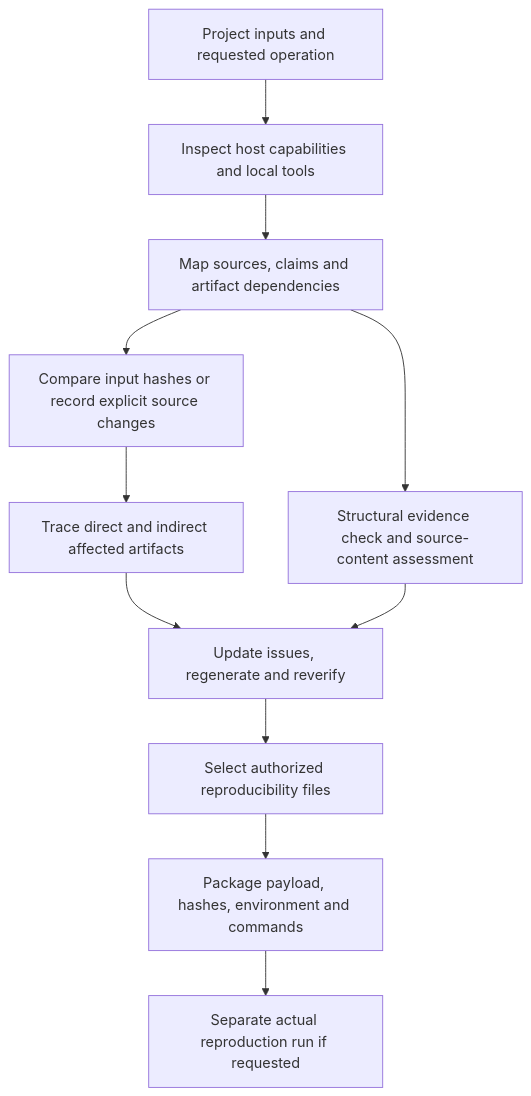
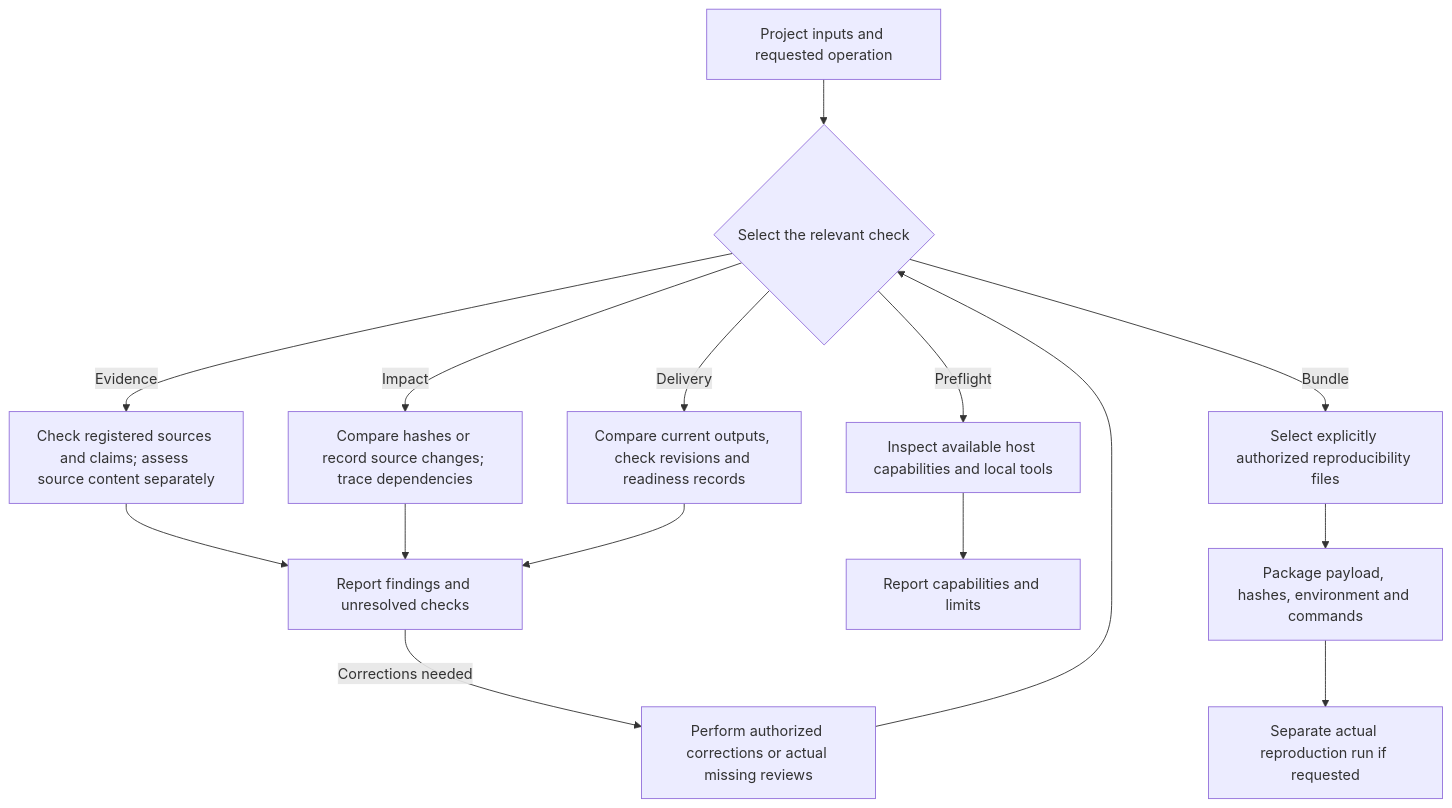
One commit to vage88sg1/agentic-research-workflows changed the fifth of 9 diagrams in docs/WORKFLOW_GUIDE.md. Above: the diagram before and after it, drawn with Mermaid. The commit also changed other lines of this file and 28 other files, not shown here.

Commit message:
Strengthen objective and bibliography coverage and validate delivery records

````diff
--- a/docs/WORKFLOW_GUIDE.md
+++ b/docs/WORKFLOW_GUIDE.md
@@ -370,13 +370,17 @@
 ```mermaid
 flowchart TD
-  A[Project inputs and requested operation] --> B[Inspect host capabilities and local tools]
-  B --> C[Map sources, claims and artifact dependencies]
-  C --> D[Structural evidence check and source-content assessment]
-  C --> E[Compare input hashes or record explicit source changes]
-  E --> F[Trace direct and indirect affected artifacts]
-  F --> G[Update issues, regenerate and reverify]
-  D --> G
-  G --> H[Select authorized reproducibility files]
-  H --> I[Package payload, hashes, environment and commands]
-  I --> J[Separate actual reproduction run if requested]
+  A[Project inputs and requested operation] --> B{Select the relevant check}
+  B -->|Preflight| C[Inspect available host capabilities and local tools]
+  B -->|Evidence| D[Check registered sources and claims; assess source content separately]
+  B -->|Impact| E[Compare hashes or record source changes; trace dependencies]
+  B -->|Delivery| F[Compare current outputs, check revisions and readiness records]
+  D --> G[Report findings and unresolved checks]
+  E --> G
+  F --> G
+  G -->|Corrections needed| H[Perform authorized corrections or actual missing reviews]
+  H --> B
+  C --> I[Report capabilities and limits]
+  B -->|Bundle| J[Select explicitly authorized reproducibility files]
+  J --> K[Package payload, hashes, environment and commands]
+  K --> L[Separate actual reproduction run if requested]
 ```
````
